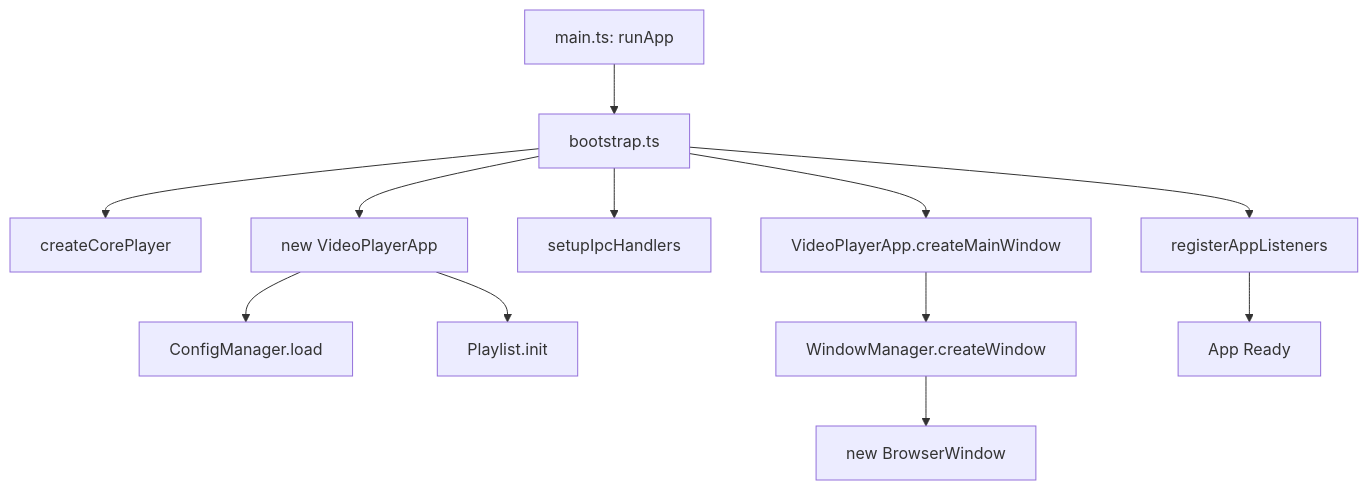
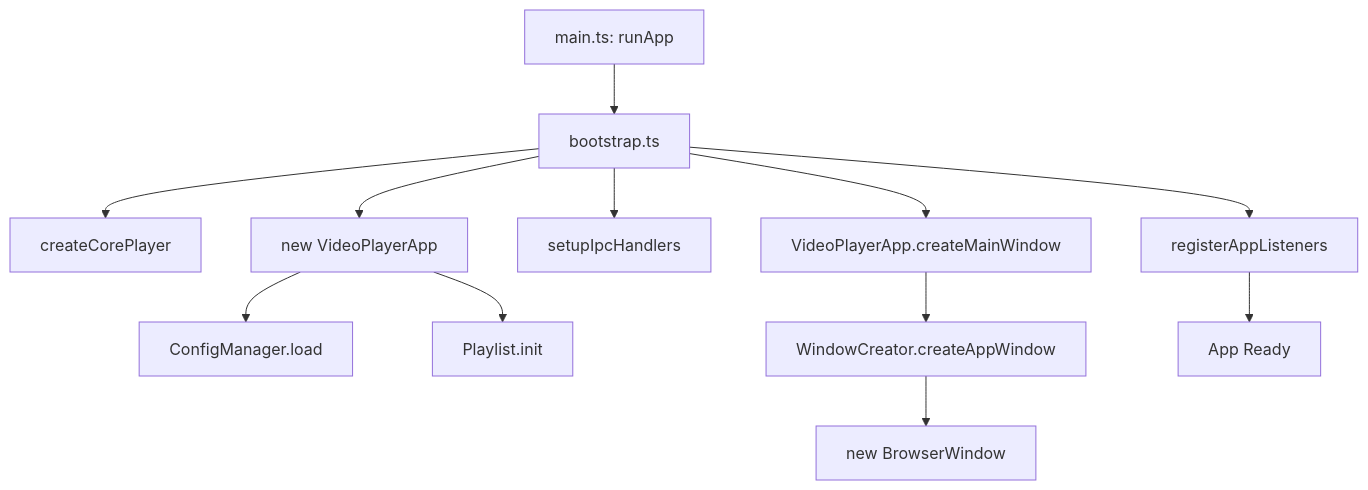
Before and after one commit to Lucas-lgm/lumiere: the fourth of 10 diagrams in docs/architecture/ARCHITECTURE.md, drawn with Mermaid. The commit also changed other lines of this file and 8 other files, not shown here.

First line of the commit message:
refactor: 移除 WindowManager 并直接管理主窗口

````diff
--- a/docs/architecture/ARCHITECTURE.md
+++ b/docs/architecture/ARCHITECTURE.md
@@ -278,17 +300,17 @@
 ```mermaid
 flowchart TD
     Start[main.ts: runApp] --> Bootstrap[bootstrap.ts]
     Bootstrap --> CreateCore[createCorePlayer]
     Bootstrap --> CreateApp[new VideoPlayerApp]
     Bootstrap --> SetupIPC[setupIpcHandlers]
     
     CreateApp --> LoadConfig[ConfigManager.load]
     CreateApp --> InitPlaylist[Playlist.init]
     
     Bootstrap --> CreateWin[VideoPlayerApp.createMainWindow]
-    CreateWin --> WM[WindowManager.createWindow]
-    WM --> ElectronWin[new BrowserWindow]
+    CreateWin --> WC[WindowCreator.createAppWindow]
+    WC --> ElectronWin[new BrowserWindow]
     
     Bootstrap --> ListenApp[registerAppListeners]
     ListenApp --> Ready[App Ready]
 ```
````
